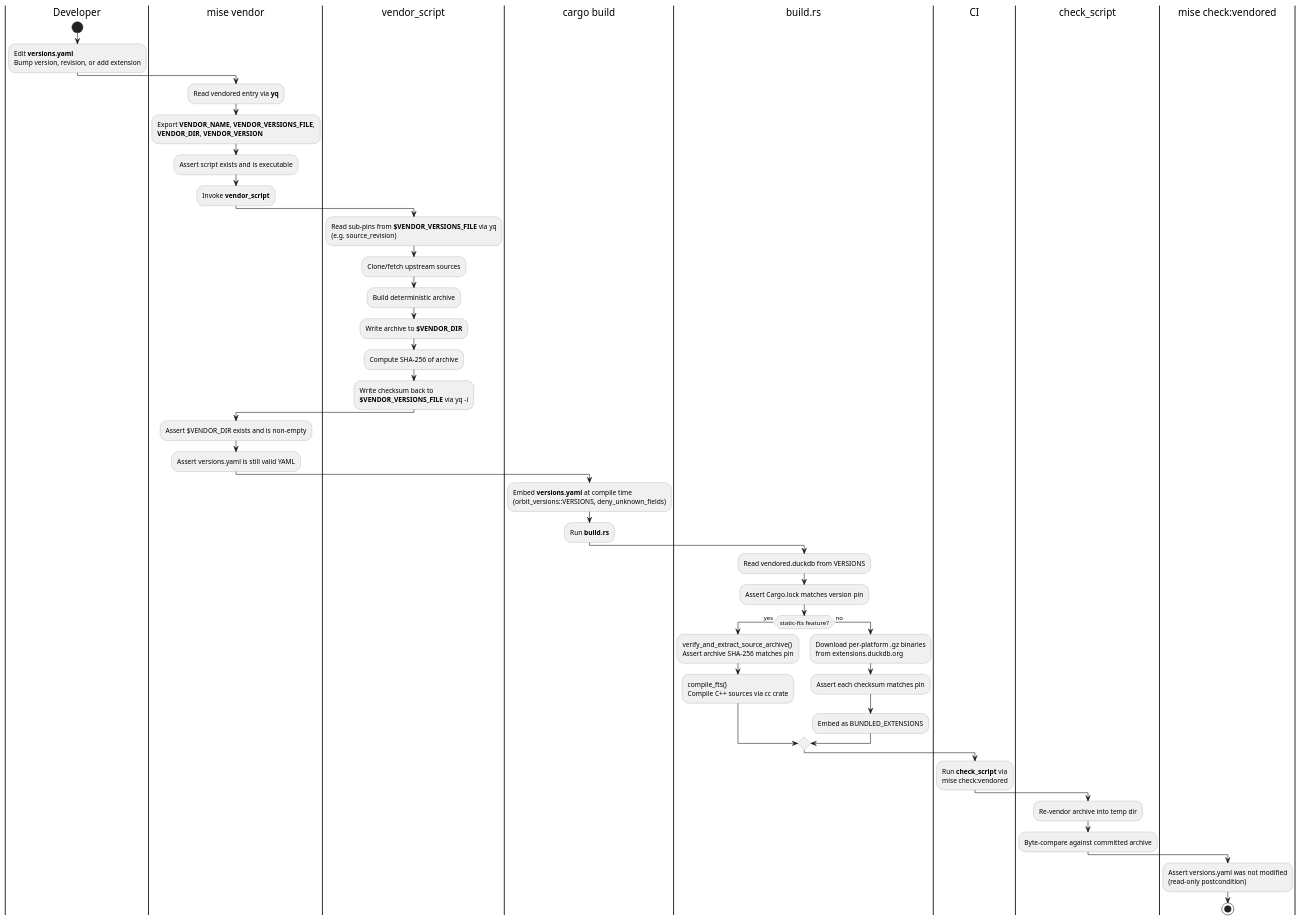
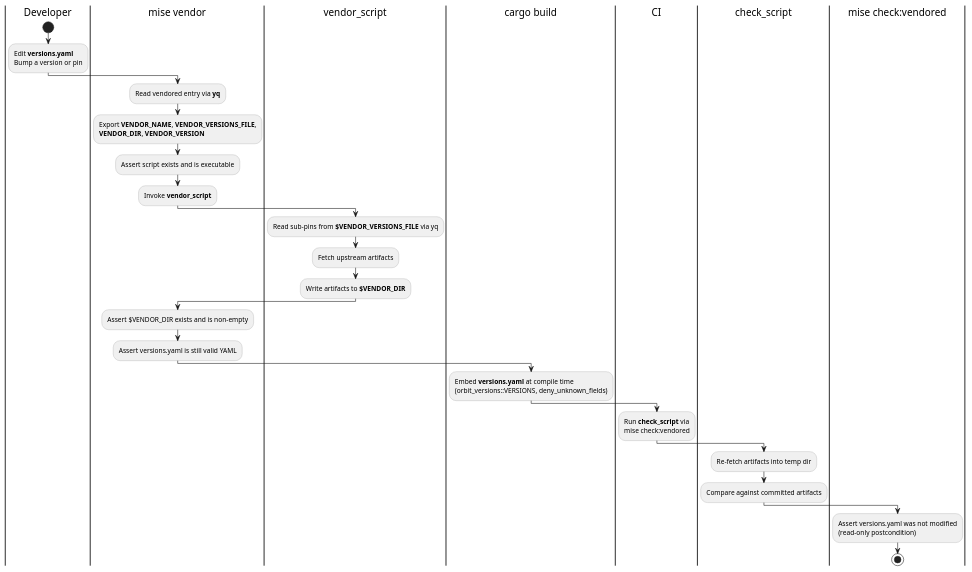
One commit to gitlabhq/orbit-knowledge-graph changed the diagram in docs/dev/runbooks/vendored_dependencies.md. Above: the diagram before and after it, drawn with PlantUML. The commit also changed other lines of this file and 40 other files, not shown here.

````diff
--- a/docs/dev/runbooks/vendored_dependencies.md
+++ b/docs/dev/runbooks/vendored_dependencies.md
@@ -10,57 +10,40 @@
 ```plantuml
 @startuml
 skinparam backgroundColor white
 skinparam activityBackgroundColor #F0F0F0
 skinparam activityBorderColor #999999
 
 |Developer|
 start
-:Edit **versions.yaml**\nBump version, revision, or add extension;
+:Edit **versions.yaml**\nBump a version or pin;
 
 |mise vendor|
 :Read vendored entry via **yq**;
 :Export **VENDOR_NAME**, **VENDOR_VERSIONS_FILE**,\n**VENDOR_DIR**, **VENDOR_VERSION**;
 :Assert script exists and is executable;
 :Invoke **vendor_script**;
 
 |vendor_script|
-:Read sub-pins from **$VENDOR_VERSIONS_FILE** via yq\n(e.g. source_revision);
-:Clone/fetch upstream sources;
-:Build deterministic archive;
-:Write archive to **$VENDOR_DIR**;
-:Compute SHA-256 of archive;
-:Write checksum back to\n**$VENDOR_VERSIONS_FILE** via yq -i;
+:Read sub-pins from **$VENDOR_VERSIONS_FILE** via yq;
+:Fetch upstream artifacts;
+:Write artifacts to **$VENDOR_DIR**;
 
 |mise vendor|
 :Assert $VENDOR_DIR exists and is non-empty;
 :Assert versions.yaml is still valid YAML;
 
 |cargo build|
 :Embed **versions.yaml** at compile time\n(orbit_versions::VERSIONS, deny_unknown_fields);
-:Run **build.rs**;
-
-|build.rs|
-:Read vendored.duckdb from VERSIONS;
-:Assert Cargo.lock matches version pin;
-
-if (static-fts feature?) then (yes)
-  :verify_and_extract_source_archive()\nAssert archive SHA-256 matches pin;
-  :compile_fts()\nCompile C++ sources via cc crate;
-else (no)
-  :Download per-platform .gz binaries\nfrom extensions.duckdb.org;
-  :Assert each checksum matches pin;
-  :Embed as BUNDLED_EXTENSIONS;
-endif
 
 |CI|
 :Run **check_script** via\nmise check:vendored;
 
 |check_script|
-:Re-vendor archive into temp dir;
-:Byte-compare against committed archive;
+:Re-fetch artifacts into temp dir;
+:Compare against committed artifacts;
 
 |mise check:vendored|
 :Assert versions.yaml was not modified\n(read-only postcondition);
 stop
 @enduml
 ```
````
